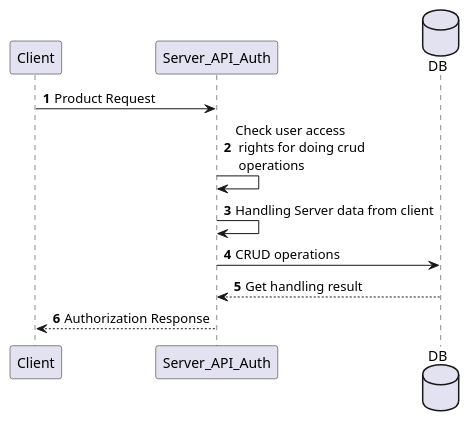
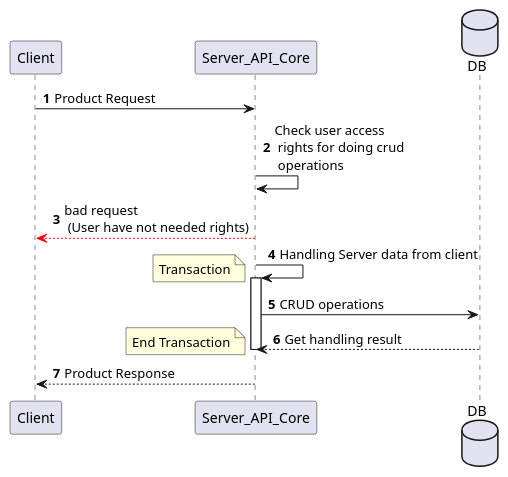
The diagram in book-house-server/src/main/resources/sequence/diagramSequenceProductCRUD.puml (dima666Sik/book-house), drawn with PlantUML before and after one commit. The commit also changed 6 other files, not shown here.

Commit message:
change some diagram.

```diff
--- a/book-house-server/src/main/resources/sequence/diagramSequenceProductCRUD.puml
+++ b/book-house-server/src/main/resources/sequence/diagramSequenceProductCRUD.puml
@@ -1,15 +1,19 @@
 @startuml
 'https://plantuml.com/sequence-diagram
 
 autonumber
-    'Authorization
-     Client -> Server_API_Auth: Product Request
-     Server_API_Auth -> Server_API_Auth : Check user access\n rights for doing crud\n operations
-     Server_API_Auth -> Server_API_Auth : Handling Server data from client
+
+     Client -> Server_API_Core: Product Request
+     Server_API_Core -> Server_API_Core : Check user access\n rights for doing crud\n operations
+      Client <-[#red]- Server_API_Core: bad request\n (User have not needed rights)
+     Server_API_Core -> Server_API_Core : Handling Server data from client
 
      database DB as DB
-     Server_API_Auth -> DB: CRUD operations
-     Server_API_Auth <-- DB: Get handling result
-
-     Client <-- Server_API_Auth: Authorization Response
+          note left : Transaction
+          activate Server_API_Core
+     Server_API_Core -> DB: CRUD operations
+     Server_API_Core <-- DB: Get handling result
+    note left : End Transaction
+     deactivate Server_API_Core
+     Client <-- Server_API_Core: Product Response
 @enduml
```
